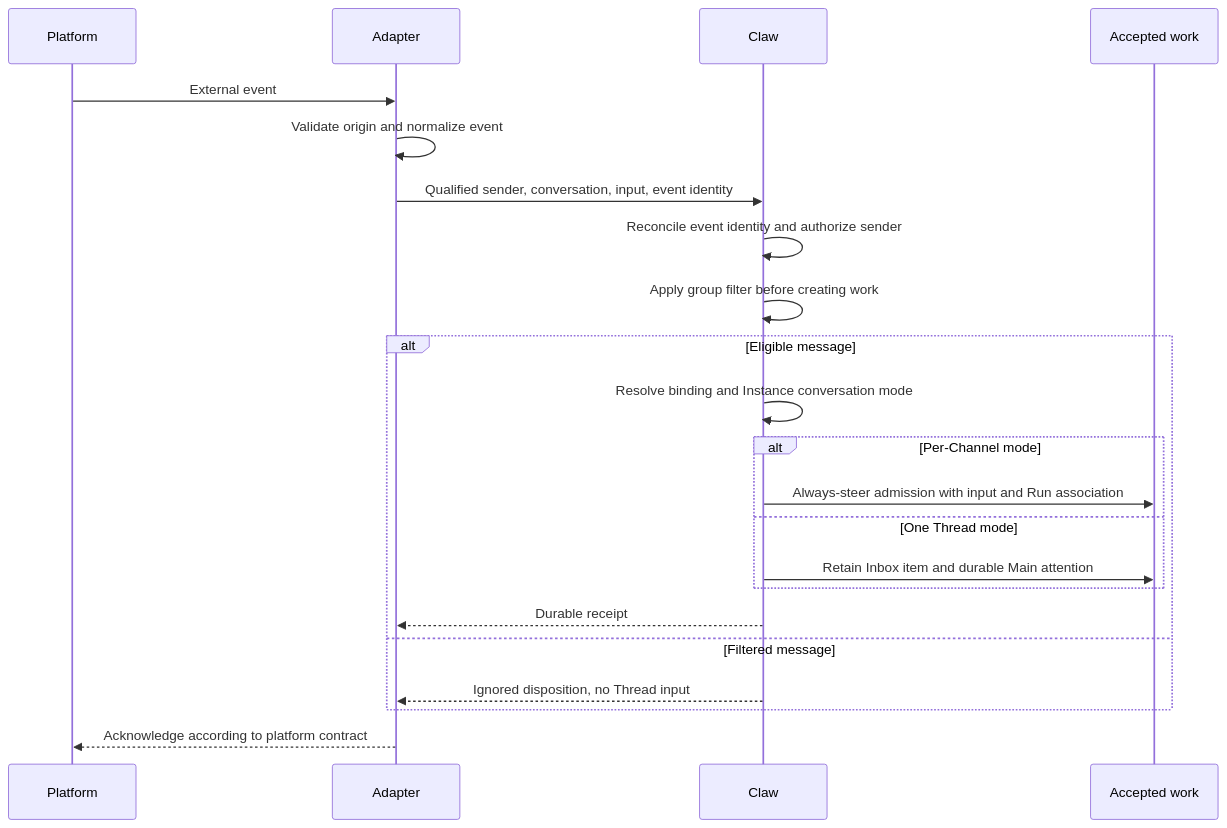
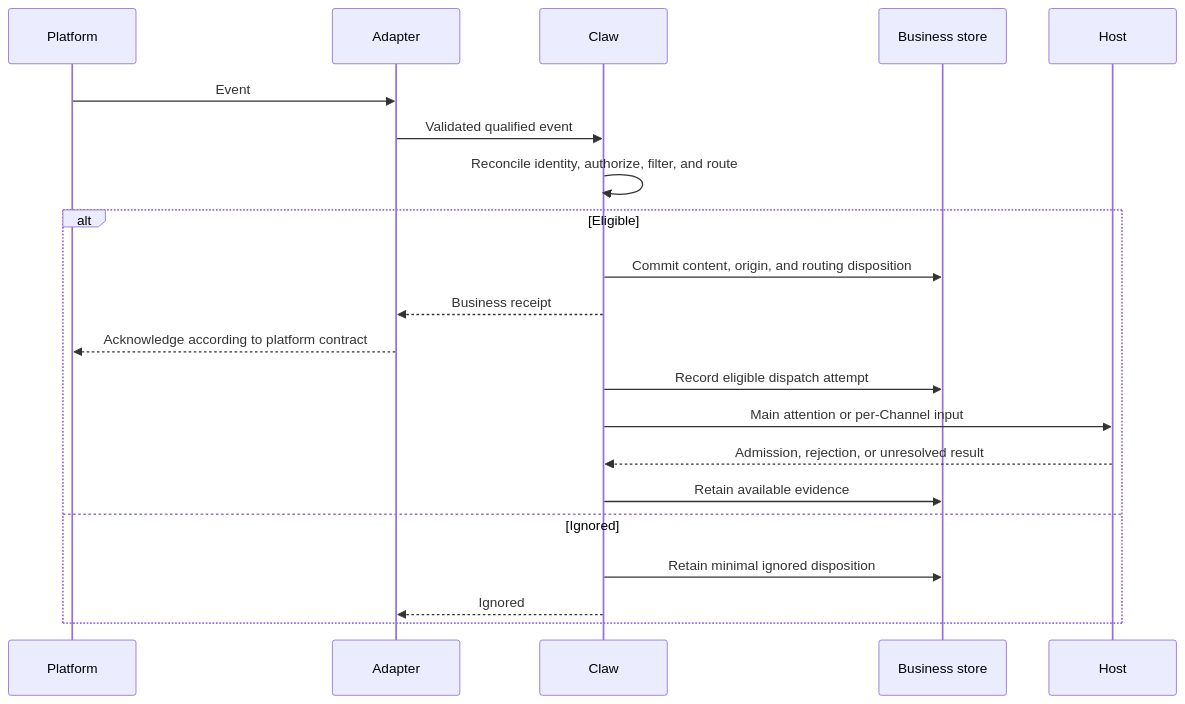
The diagram in spec/07-bridges-and-clients.md (Wh1isper/a13n-claw), drawn with Mermaid before and after one commit. The commit also changed other lines of this file and 16 other files, not shown here.

````diff
--- a/spec/07-bridges-and-clients.md
+++ b/spec/07-bridges-and-clients.md
@@ -50,24 +29,23 @@
 ```mermaid
 sequenceDiagram
     participant Platform
     participant Adapter
     participant Claw
-    participant Work as Accepted work
-    Platform->>Adapter: External event
-    Adapter->>Adapter: Validate origin and normalize event
-    Adapter->>Claw: Qualified sender, conversation, input, event identity
-    Claw->>Claw: Reconcile event identity and authorize sender
-    Claw->>Claw: Apply group filter before creating work
-    alt Eligible message
-        Claw->>Claw: Resolve binding and Instance conversation mode
-        alt Per-Channel mode
-            Claw->>Work: Always-steer admission with input and Run association
-        else One Thread mode
-            Claw->>Work: Retain Inbox item and durable Main attention
-        end
-        Claw-->>Adapter: Durable receipt
-    else Filtered message
-        Claw-->>Adapter: Ignored disposition, no Thread input
+    participant Store as Business store
+    participant Host
+    Platform->>Adapter: Event
+    Adapter->>Claw: Validated qualified event
+    Claw->>Claw: Reconcile identity, authorize, filter, and route
+    alt Eligible
+        Claw->>Store: Commit content, origin, and routing disposition
+        Claw-->>Adapter: Business receipt
+        Adapter-->>Platform: Acknowledge according to platform contract
+        Claw->>Store: Record eligible dispatch attempt
+        Claw->>Host: Main attention or per-Channel input
+        Host-->>Claw: Admission, rejection, or unresolved result
+        Claw->>Store: Retain available evidence
+    else Ignored
+        Claw->>Store: Retain minimal ignored disposition
+        Claw-->>Adapter: Ignored
     end
-    Adapter-->>Platform: Acknowledge according to platform contract
 ```
````
